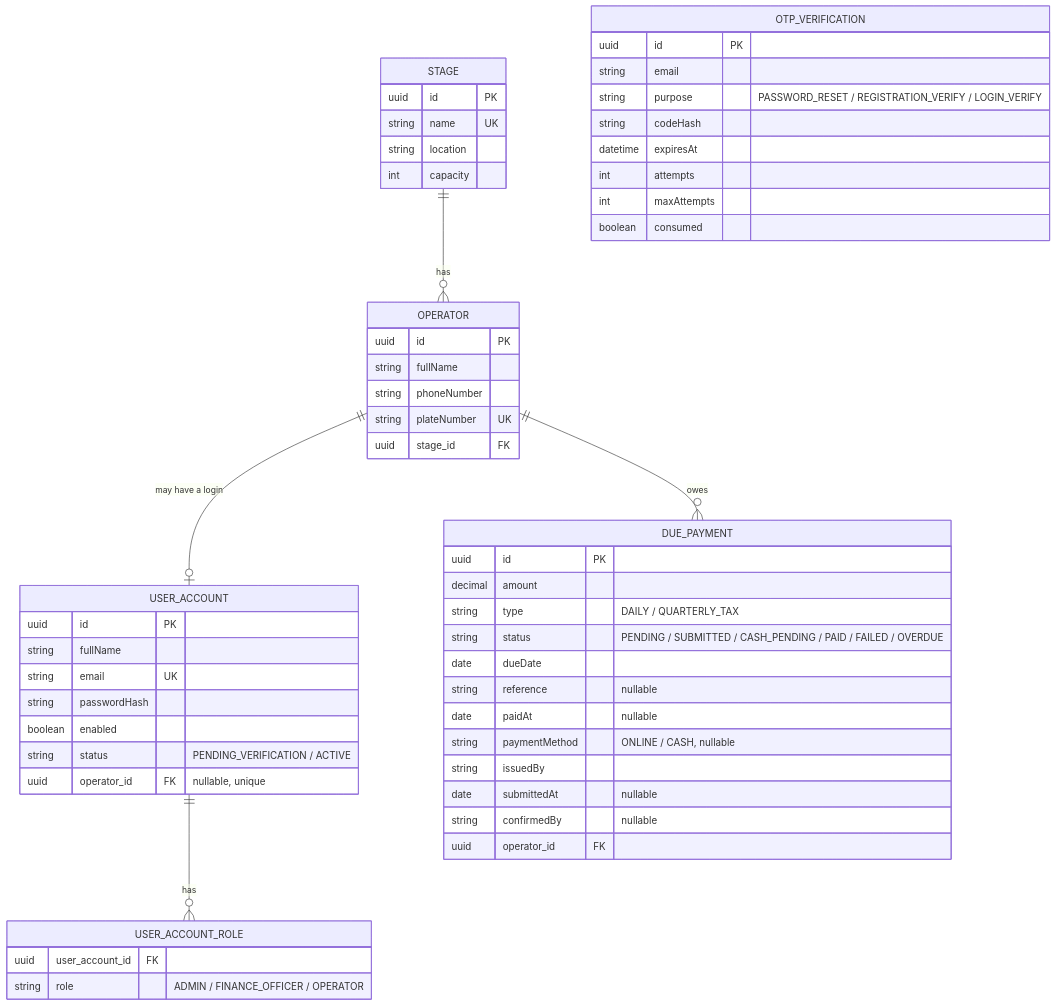
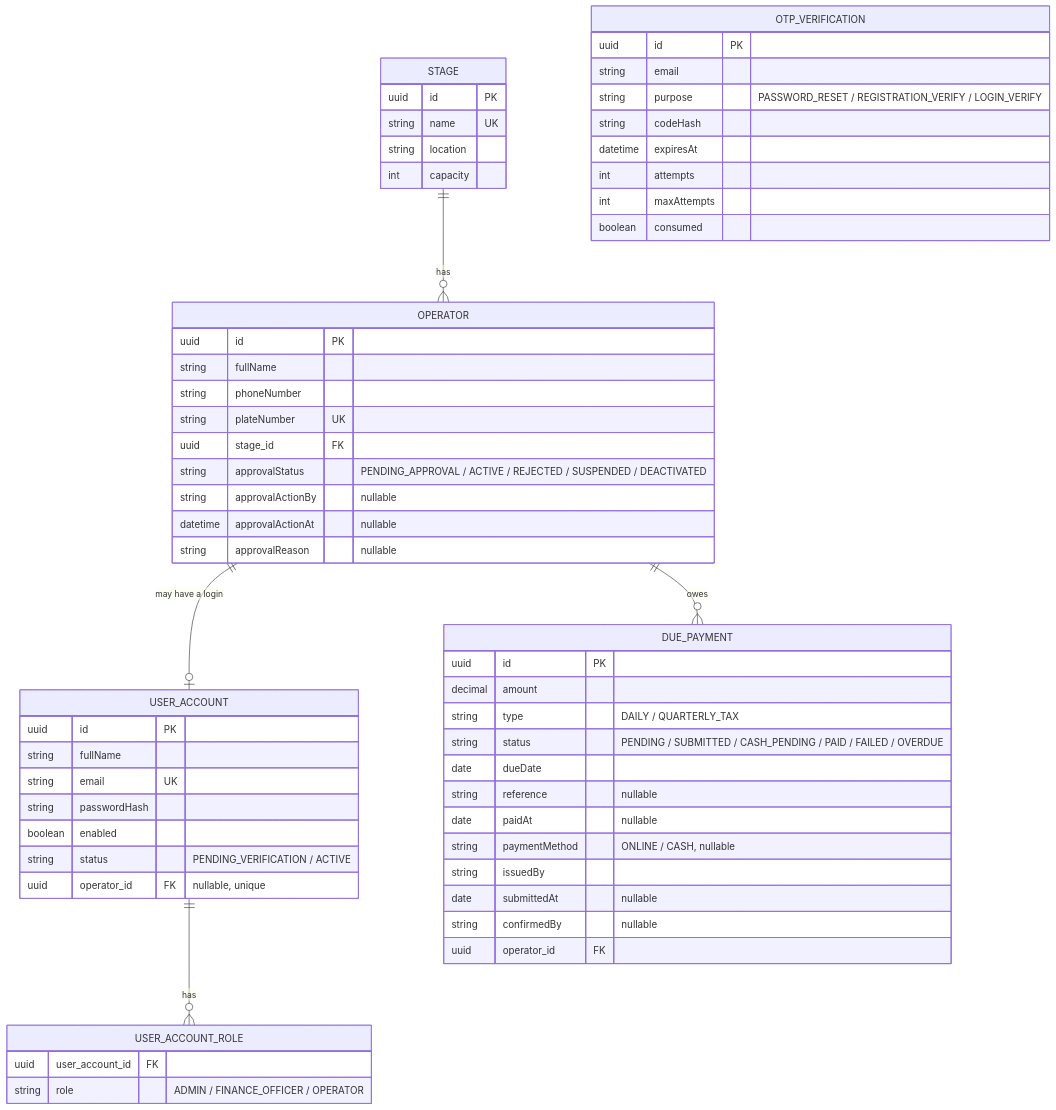
Before and after one commit to nshuti717/TransitDues-SpringBoot: the second of 2 diagrams in docs/DOCUMENTATION.md, drawn with Mermaid. The commit also changed other lines of this file and 2 other files, not shown here.

First line of the commit message:
docs: document operator approval workflow and safe deletion

````diff
--- a/docs/DOCUMENTATION.md
+++ b/docs/DOCUMENTATION.md
@@ -291,58 +339,62 @@
 ```mermaid
 erDiagram
     STAGE ||--o{ OPERATOR : "has"
     OPERATOR ||--o| USER_ACCOUNT : "may have a login"
     OPERATOR ||--o{ DUE_PAYMENT : "owes"
     USER_ACCOUNT ||--o{ USER_ACCOUNT_ROLE : "has"
 
     STAGE {
         uuid id PK
         string name UK
         string location
         int capacity
     }
     OPERATOR {
         uuid id PK
         string fullName
         string phoneNumber
         string plateNumber UK
         uuid stage_id FK
+        string approvalStatus "PENDING_APPROVAL / ACTIVE / REJECTED / SUSPENDED / DEACTIVATED"
+        string approvalActionBy "nullable"
+        datetime approvalActionAt "nullable"
+        string approvalReason "nullable"
     }
     USER_ACCOUNT {
         uuid id PK
         string fullName
         string email UK
         string passwordHash
         boolean enabled
         string status "PENDING_VERIFICATION / ACTIVE"
         uuid operator_id FK "nullable, unique"
     }
     USER_ACCOUNT_ROLE {
         uuid user_account_id FK
         string role "ADMIN / FINANCE_OFFICER / OPERATOR"
     }
     DUE_PAYMENT {
         uuid id PK
         decimal amount
         string type "DAILY / QUARTERLY_TAX"
         string status "PENDING / SUBMITTED / CASH_PENDING / PAID / FAILED / OVERDUE"
         date dueDate
         string reference "nullable"
         date paidAt "nullable"
         string paymentMethod "ONLINE / CASH, nullable"
         string issuedBy
         date submittedAt "nullable"
         string confirmedBy "nullable"
         uuid operator_id FK
     }
     OTP_VERIFICATION {
         uuid id PK
         string email
         string purpose "PASSWORD_RESET / REGISTRATION_VERIFY / LOGIN_VERIFY"
         string codeHash
         datetime expiresAt
         int attempts
         int maxAttempts
         boolean consumed
     }
 ```
````
